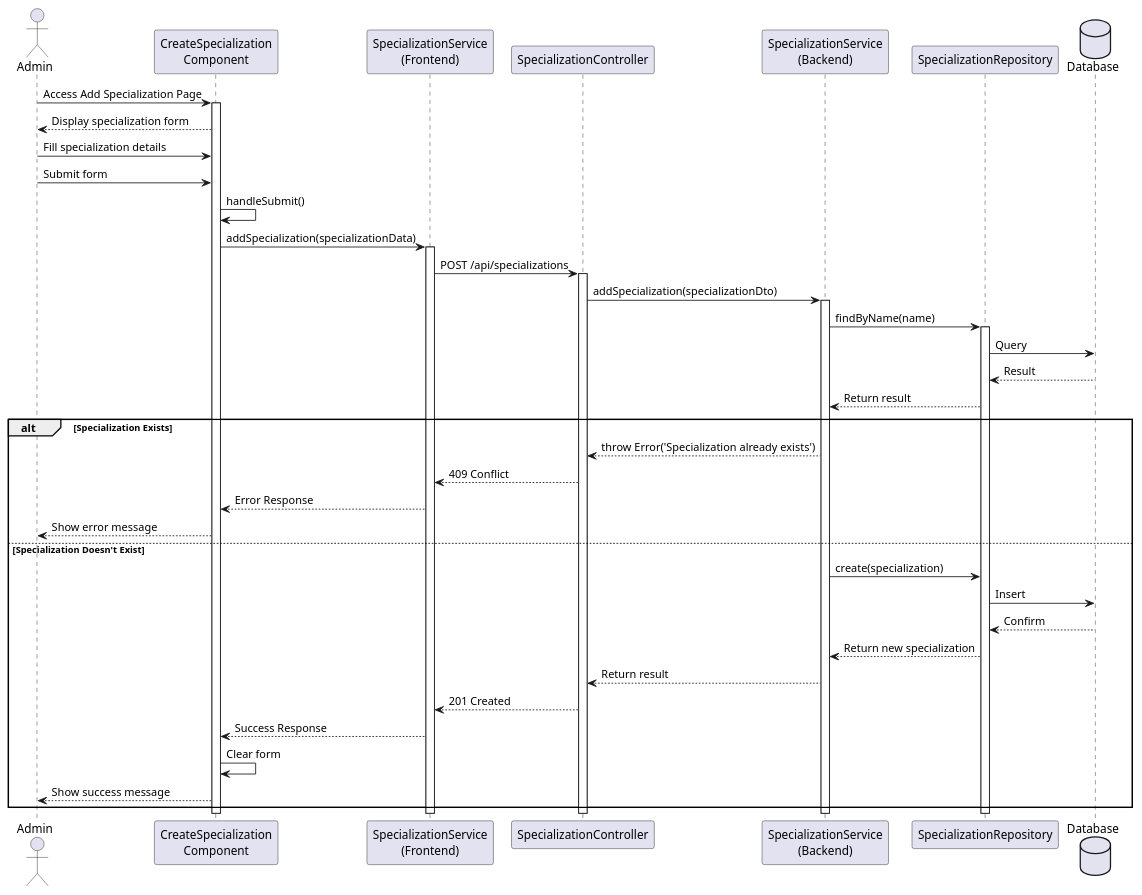
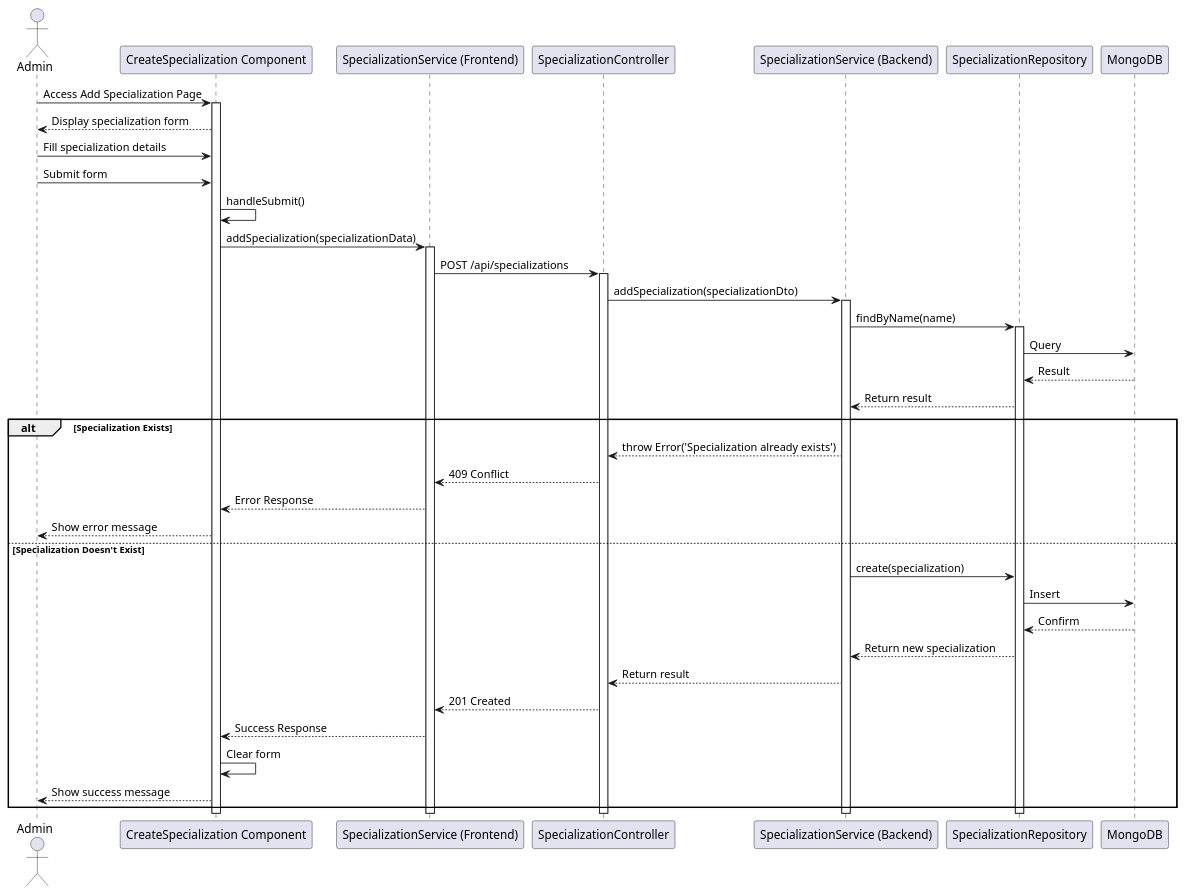
Before and after one commit to HugBar/3DC_G17: the diagram in docs/Sprint3/US 7.2.11/SD.puml, drawn with PlantUML. The commit also changed 5 other files, not shown here.

```diff
--- a/docs/Sprint3/US 7.2.11/SD.puml
+++ b/docs/Sprint3/US 7.2.11/SD.puml
@@ -1,60 +1,57 @@
-@startuml Add New Specialization Sequence Diagram
+@startuml Create Specialization Sequence Diagram
 
 actor Admin
-participant "CreateSpecialization\nComponent" as Frontend
-participant "SpecializationService\n(Frontend)" as FrontendService
-participant "SpecializationController" as Controller
-participant "SpecializationService\n(Backend)" as Service
-participant "SpecializationRepository" as Repository
-database Database
+participant Frontend as "CreateSpecialization Component"
+participant FrontendService as "SpecializationService (Frontend)"
+participant Controller as "SpecializationController"
+participant Service as "SpecializationService (Backend)"
+participant Repository as "SpecializationRepository"
+participant Database as "MongoDB"
 
-' Initial Form Display
 Admin -> Frontend: Access Add Specialization Page
 activate Frontend
 Frontend --> Admin: Display specialization form
 
-' Form Submission Flow
 Admin -> Frontend: Fill specialization details
 Admin -> Frontend: Submit form
 Frontend -> Frontend: handleSubmit()
 
 Frontend -> FrontendService: addSpecialization(specializationData)
 activate FrontendService
 
 FrontendService -> Controller: POST /api/specializations
 activate Controller
 
 Controller -> Service: addSpecialization(specializationDto)
 activate Service
 
-' Check Existing
 Service -> Repository: findByName(name)
 activate Repository
 Repository -> Database: Query
 Database --> Repository: Result
 Repository --> Service: Return result
 
 alt Specialization Exists
     Service --> Controller: throw Error('Specialization already exists')
     Controller --> FrontendService: 409 Conflict
     FrontendService --> Frontend: Error Response
     Frontend --> Admin: Show error message
 else Specialization Doesn't Exist
     Service -> Repository: create(specialization)
     Repository -> Database: Insert
     Database --> Repository: Confirm
     Repository --> Service: Return new specialization
     Service --> Controller: Return result
     Controller --> FrontendService: 201 Created
     FrontendService --> Frontend: Success Response
     Frontend -> Frontend: Clear form
     Frontend --> Admin: Show success message
 end
 
 deactivate Repository
 deactivate Service
 deactivate Controller
 deactivate FrontendService
 deactivate Frontend
 
 @enduml
```
